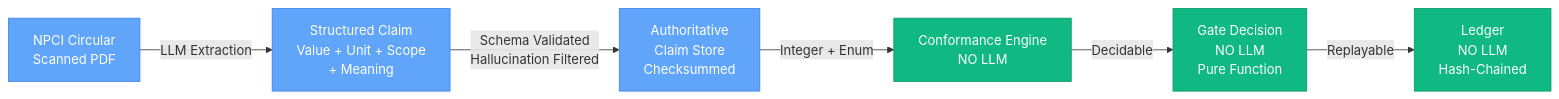
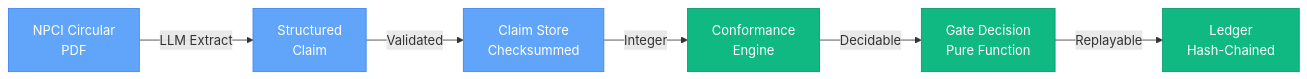
One commit to NithishaVenkatesh/upi-agent-conformance changed the second of 6 diagrams in README.md. Above: the diagram before and after it, drawn with Mermaid. The commit also changed other lines of this file, not shown here.

First line of the commit message:
fix: Mermaid diagrams - remove special characters causing parse errors

````diff
--- a/README.md
+++ b/README.md
@@ -121,19 +121,19 @@
 ```mermaid
 graph LR
-    A["NPCI Circular<br/>Scanned PDF"] -->|LLM Extraction| B["Structured Claim<br/>Value + Unit + Scope<br/>+ Meaning"]
+    A["NPCI Circular<br/>PDF"] -->|LLM Extract| B["Structured<br/>Claim"]
 
-    B -->|Schema Validated<br/>Hallucination Filtered| C["Authoritative<br/>Claim Store<br/>Checksummed"]
+    B -->|Validated| C["Claim Store<br/>Checksummed"]
 
-    C -->|Integer + Enum| D["Conformance Engine<br/>NO LLM"]
+    C -->|Integer| D["Conformance<br/>Engine"]
 
-    D -->|Decidable| E["Gate Decision<br/>NO LLM<br/>Pure Function"]
+    D -->|Decidable| E["Gate Decision<br/>Pure Function"]
 
-    E -->|Replayable| F["Ledger<br/>NO LLM<br/>Hash-Chained"]
+    E -->|Replayable| F["Ledger<br/>Hash-Chained"]
 
     style A fill:#60a5fa,stroke:#3b82f6,color:#fff
     style B fill:#60a5fa,stroke:#3b82f6,color:#fff
     style C fill:#60a5fa,stroke:#3b82f6,color:#fff
     style D fill:#10b981,stroke:#059669,color:#fff
     style E fill:#10b981,stroke:#059669,color:#fff
     style F fill:#10b981,stroke:#059669,color:#fff
 ```
````
